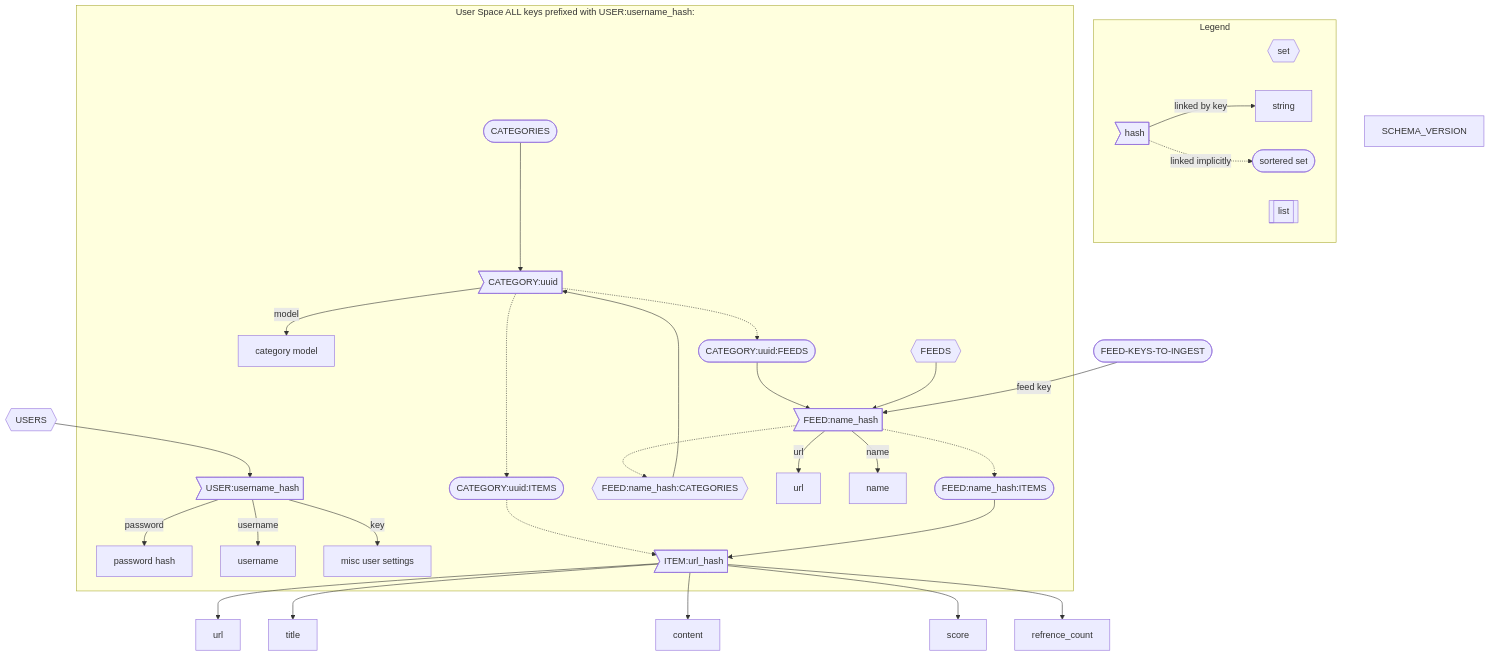
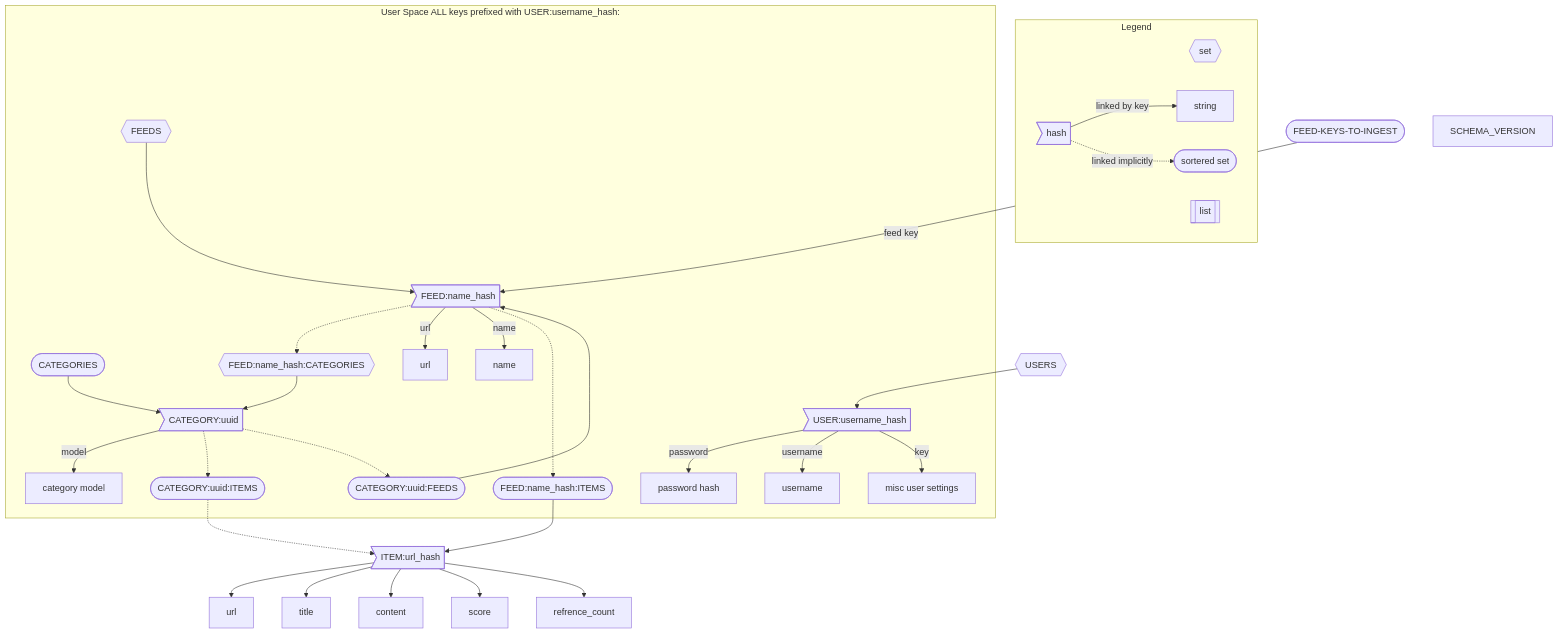
The diagram in README.md (mullinmax/aggy), drawn with Mermaid before and after one commit. The commit also changed 3 other files, not shown here.

````diff
--- a/README.md
+++ b/README.md
@@ -24,62 +24,63 @@
 ```mermaid
 flowchart TB
-
+    feeds_to_ingest([FEED-KEYS-TO-INGEST]) --feed key--> feed
+    
     subgraph Legend
         direction LR
         set{{set}}
         sorted_set([sortered set])
         string[string]
         hash>hash]
         list[[list]]
         hash --linked by key-->string
         hash -.linked implicitly.-> sorted_set
     end
 
     subgraph User Space ALL keys prefixed with USER:username_hash:
         user>USER:username_hash] 
         user--password--> password_hash[password hash]
         user--username--> username[username]
         user--key-->misc_user_settings[misc user settings]
         
         categories([CATEGORIES])
         category>CATEGORY:uuid]
         category_model[category model]
         category_feeds([CATEGORY:uuid:FEEDS])
         category_items([CATEGORY:uuid:ITEMS])
         feed_categories{{FEED:name_hash:CATEGORIES}}
         feeds{{FEEDS}}
         feed>FEED:name_hash]
         feed_url[url]
         feed_name[name]
         items([FEED:name_hash:ITEMS])
 
         
         categories --> category
         
         category --model--> category_model
         category -.-> category_items
         category -.-> category_feeds
         category_feeds --> feed
-        category_items -.-> item
         feeds --> feed
         feed -.-> feed_categories
         feed_categories --> category
         feed --url--> feed_url
         feed --name--> feed_name
         feed -.-> items
 
         
     end
 
     items-->item
+    category_items -.-> item
     item>ITEM:url_hash]
     item-->url
     item-->title
     item-->content
     item-->score
     item-->refrence_count
     schema_version[SCHEMA_VERSION]
     users{{USERS}} --> user
-    feeds_to_ingest([FEED-KEYS-TO-INGEST]) --feed key--> feed
+    
 
 ```
````
